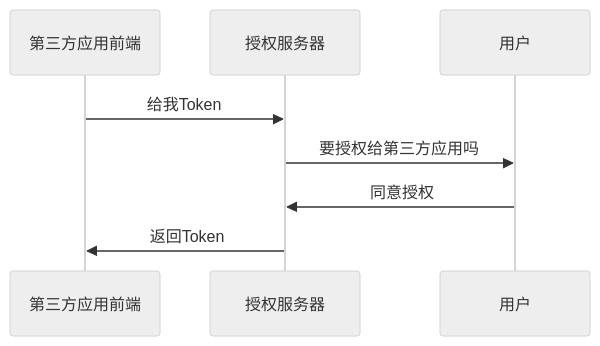
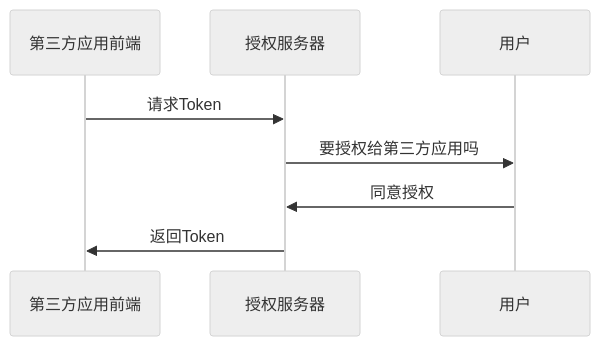
The first of 4 diagrams in 计算机/Web/后端/Spring/Spring Security/4-1 OAuth 2.md (poppop9/obsidian-new), drawn with Mermaid (neutral theme) before and after one commit. The commit also changed other lines of this file and 4 other files, not shown here.

````diff
--- a/计算机/Web/后端/Spring/Spring Security/4-1 OAuth 2.md
+++ b/计算机/Web/后端/Spring/Spring Security/4-1 OAuth 2.md
@@ -37,11 +37,11 @@
 ```mermaid
 sequenceDiagram
 	participant D as 第三方应用前端
 	participant S as 授权服务器
 	participant Y as 用户
 
-	D->>S: 给我Token
+	D->>S: 请求Token
 	S->>Y: 要授权给第三方应用吗
 	Y->>S: 同意授权
 	S->>D: 返回Token
 ```
````
